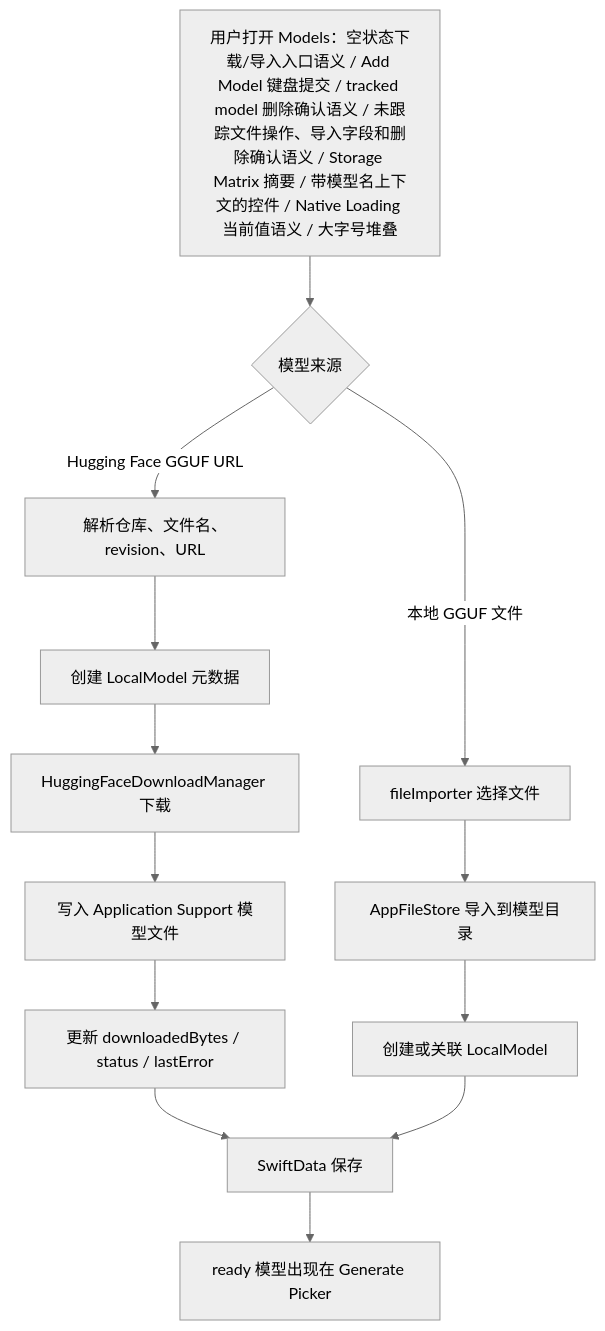
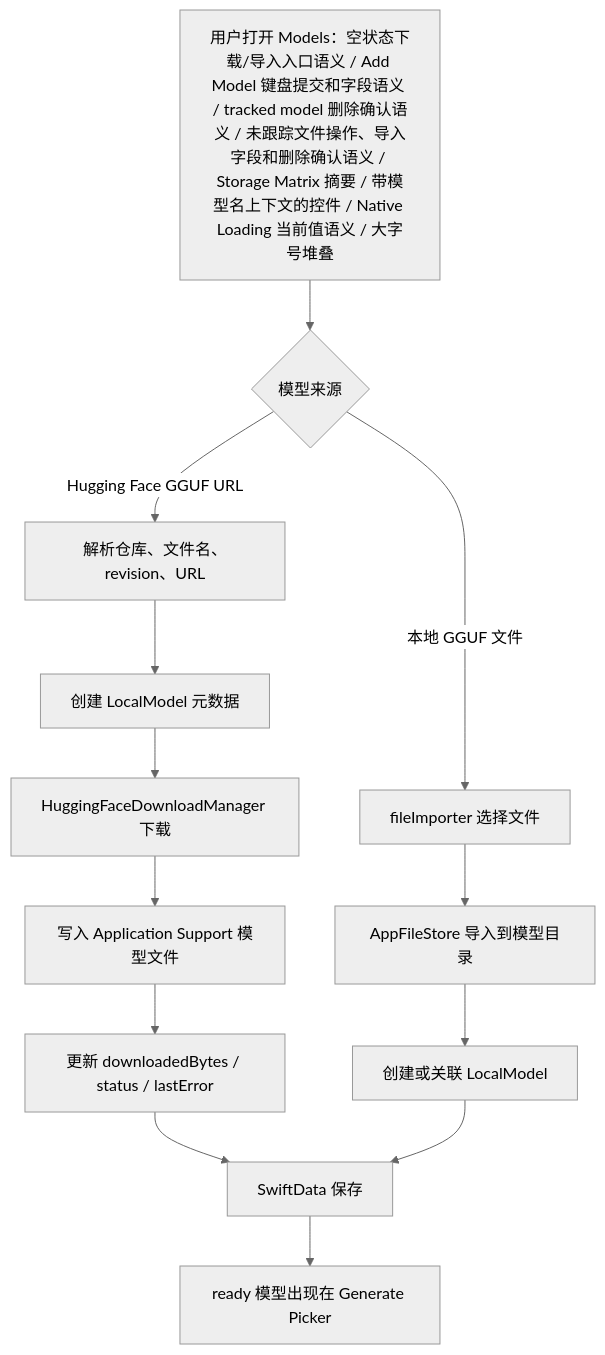
The third of 7 diagrams in md/flow/flowchart.md (Altman-sam114/118), drawn with Mermaid (neutral theme) before and after one commit. The commit also changed other lines of this file and 5 other files, not shown here.

````diff
--- a/md/flow/flowchart.md
+++ b/md/flow/flowchart.md
@@ -66,15 +66,15 @@
 ```mermaid
 flowchart TD
-  A["用户打开 Models：空状态下载/导入入口语义 / Add Model 键盘提交 / tracked model 删除确认语义 / 未跟踪文件操作、导入字段和删除确认语义 / Storage Matrix 摘要 / 带模型名上下文的控件 / Native Loading 当前值语义 / 大字号堆叠"] --> B{"模型来源"}
+  A["用户打开 Models：空状态下载/导入入口语义 / Add Model 键盘提交和字段语义 / tracked model 删除确认语义 / 未跟踪文件操作、导入字段和删除确认语义 / Storage Matrix 摘要 / 带模型名上下文的控件 / Native Loading 当前值语义 / 大字号堆叠"] --> B{"模型来源"}
   B -- "Hugging Face GGUF URL" --> C["解析仓库、文件名、revision、URL"]
   C --> D["创建 LocalModel 元数据"]
   D --> E["HuggingFaceDownloadManager 下载"]
   E --> F["写入 Application Support 模型文件"]
   F --> G["更新 downloadedBytes / status / lastError"]
   B -- "本地 GGUF 文件" --> H["fileImporter 选择文件"]
   H --> I["AppFileStore 导入到模型目录"]
   I --> J["创建或关联 LocalModel"]
   G --> K["SwiftData 保存"]
   J --> K
   K --> L["ready 模型出现在 Generate Picker"]
 ```
````
